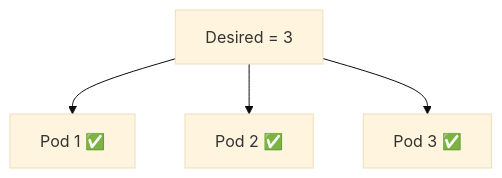
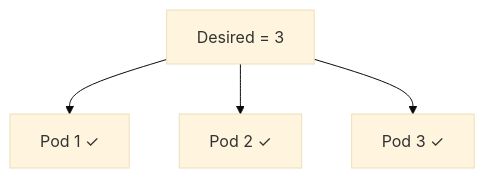
Diagram 18 of 43 in content/container-orchestration/kubernetes/replicaset-fundamentals.md (mustafammasoud/ops-handbook), drawn with Mermaid (base theme) before and after one commit. The commit also changed other lines of this file and 2 other files, not shown here.

````diff
--- a/content/container-orchestration/kubernetes/replicaset-fundamentals.md
+++ b/content/container-orchestration/kubernetes/replicaset-fundamentals.md
@@ -446,8 +446,8 @@
 ```mermaid
 flowchart TB
     D["Desired = 3"]
 
-    D --> P1["Pod 1 ✅"]
-    D --> P2["Pod 2 ✅"]
-    D --> P3["Pod 3 ✅"]
+    D --> P1["Pod 1 ✓ "]
+    D --> P2["Pod 2 ✓ "]
+    D --> P3["Pod 3 ✓ "]
 ```
````
